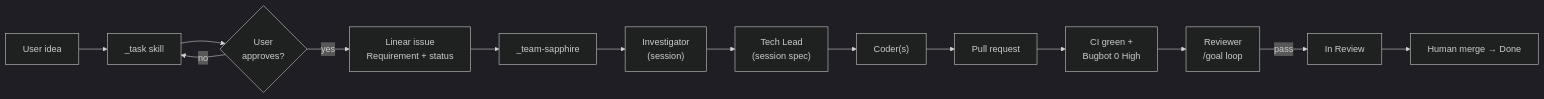
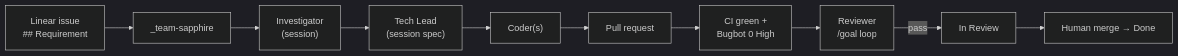
The diagram in .cursor/skills/_team-sapphire/WORKFLOW.md (masumi-network/sokosumi), drawn with Mermaid (dark theme) before and after one commit. The commit also changed other lines of this file and 12 other files, not shown here.

Commit message:
refactor(skills): rename _task to linear-requirement (#3351)

````diff
--- a/.cursor/skills/_team-sapphire/WORKFLOW.md
+++ b/.cursor/skills/_team-sapphire/WORKFLOW.md
@@ -5,16 +5,12 @@
 ```mermaid
 flowchart LR
-  user["User idea"] --> task["_task skill"]
-  task --> approve{"User\napproves?"}
-  approve -->|yes| issue["Linear issue\nRequirement + status"]
-  approve -->|no| task
-  issue --> sapphire["_team-sapphire"]
+  issue["Linear issue\n## Requirement"] --> sapphire["_team-sapphire"]
   sapphire --> inv["Investigator\n(session)"]
   inv --> lead["Tech Lead\n(session spec)"]
   lead --> code["Coder(s)"]
   code --> pr["Pull request"]
   pr --> gates["CI green +\nBugbot 0 High"]
   gates --> rev["Reviewer\n/goal loop"]
   rev -->|pass| review["In Review"]
   review --> human["Human merge → Done"]
 ```
````
